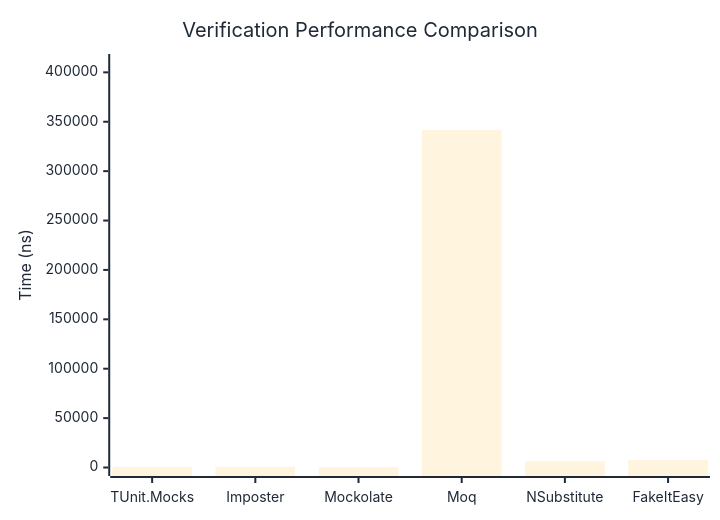
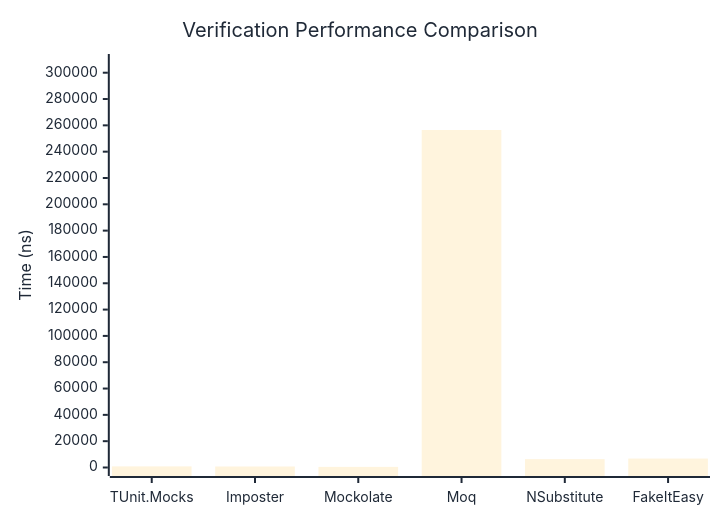
The first of 3 diagrams in docs/docs/benchmarks/mocks/Verification.md (thomhurst/TUnit), drawn with Mermaid before and after one commit. The commit also changed other lines of this file and 14 other files, not shown here.

````diff
--- a/docs/docs/benchmarks/mocks/Verification.md
+++ b/docs/docs/benchmarks/mocks/Verification.md
@@ -30,27 +30,27 @@
 ```mermaid
 %%{init: {
   'theme':'base',
   'themeVariables': {
     'primaryColor': '#2563eb',
     'primaryTextColor': '#1f2937',
     'primaryBorderColor': '#1e40af',
     'lineColor': '#6b7280',
     'secondaryColor': '#7c3aed',
     'tertiaryColor': '#dc2626',
     'background': '#ffffff',
     'pie1': '#2563eb',
     'pie2': '#7c3aed',
     'pie3': '#dc2626',
     'pie4': '#f59e0b',
     'pie5': '#10b981',
     'pie6': '#06b6d4',
     'pie7': '#ec4899',
     'pie8': '#6366f1'
   }
 }}%%
 xychart-beta
   title "Verification Performance Comparison"
   x-axis ["TUnit.Mocks", "Imposter", "Mockolate", "Moq", "NSubstitute", "FakeItEasy"]
-  y-axis "Time (ns)" 0 --> 409973
-  bar [706.76, 833.52, 411.06, 341643.63, 6228.87, 7433.54]
+  y-axis "Time (ns)" 0 --> 307760
+  bar [834.72, 766.9, 478.83, 256466.16, 6364.72, 6788.61]
 ```
````
